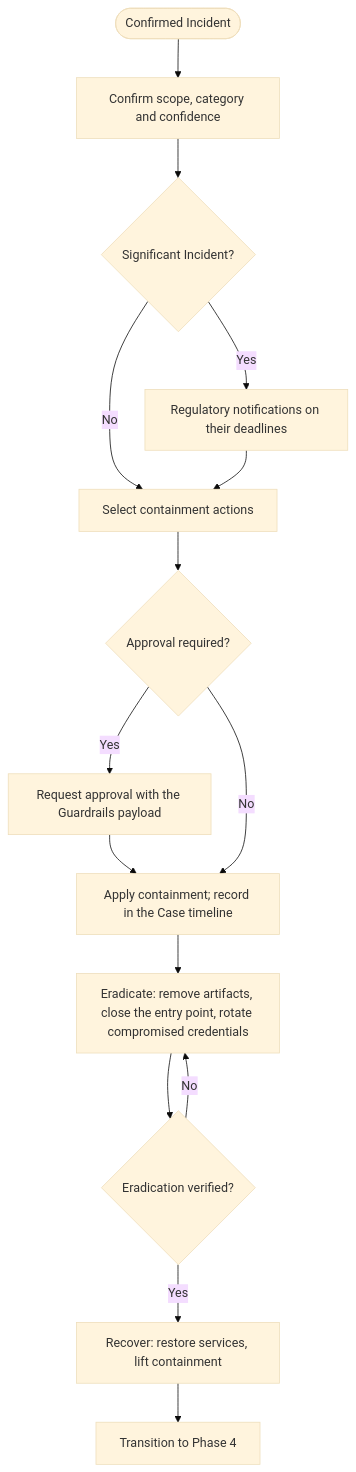
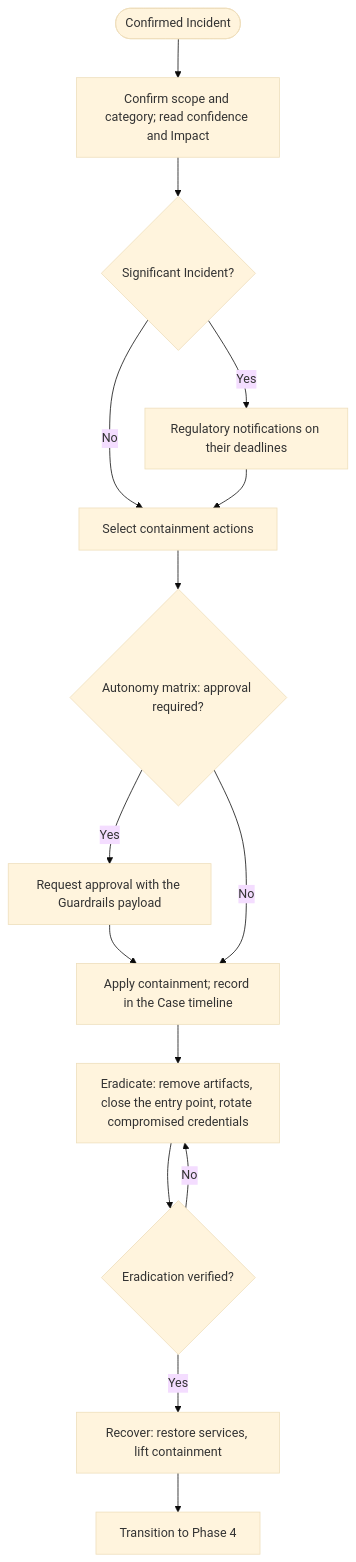
The diagram in skills/zerosoc-response/references/framework/03-Processes/03-response.md (ZeroSOC/zerosoc-skills), drawn with Mermaid (base theme) before and after one commit. The commit also changed other lines of this file and 122 other files, not shown here.

````diff
--- a/skills/zerosoc-response/references/framework/03-Processes/03-response.md
+++ b/skills/zerosoc-response/references/framework/03-Processes/03-response.md
@@ -25,17 +25,17 @@
 ```mermaid
 graph TD
-    Start([Confirmed Incident]) --> Scope[Confirm scope, category and confidence]
+    Start([Confirmed Incident]) --> Scope[Confirm scope and category; read confidence and Impact]
     Scope --> Reg{Significant Incident?}
     Reg -->|Yes| Notify[Regulatory notifications on their deadlines]
     Reg -->|No| Plan
     Notify --> Plan[Select containment actions]
-    Plan --> Matrix{Approval required?}
+    Plan --> Matrix{Autonomy matrix: approval required?}
     Matrix -->|Yes| Approve[Request approval with the Guardrails payload]
     Approve --> Apply[Apply containment; record in the Case timeline]
     Matrix -->|No| Apply
     Apply --> Eradicate[Eradicate: remove artifacts, close the entry point, rotate compromised credentials]
     Eradicate --> Verify{Eradication verified?}
     Verify -->|No| Eradicate
     Verify -->|Yes| Recover[Recover: restore services, lift containment]
     Recover --> Transition[Transition to Phase 4]
 ```
````
